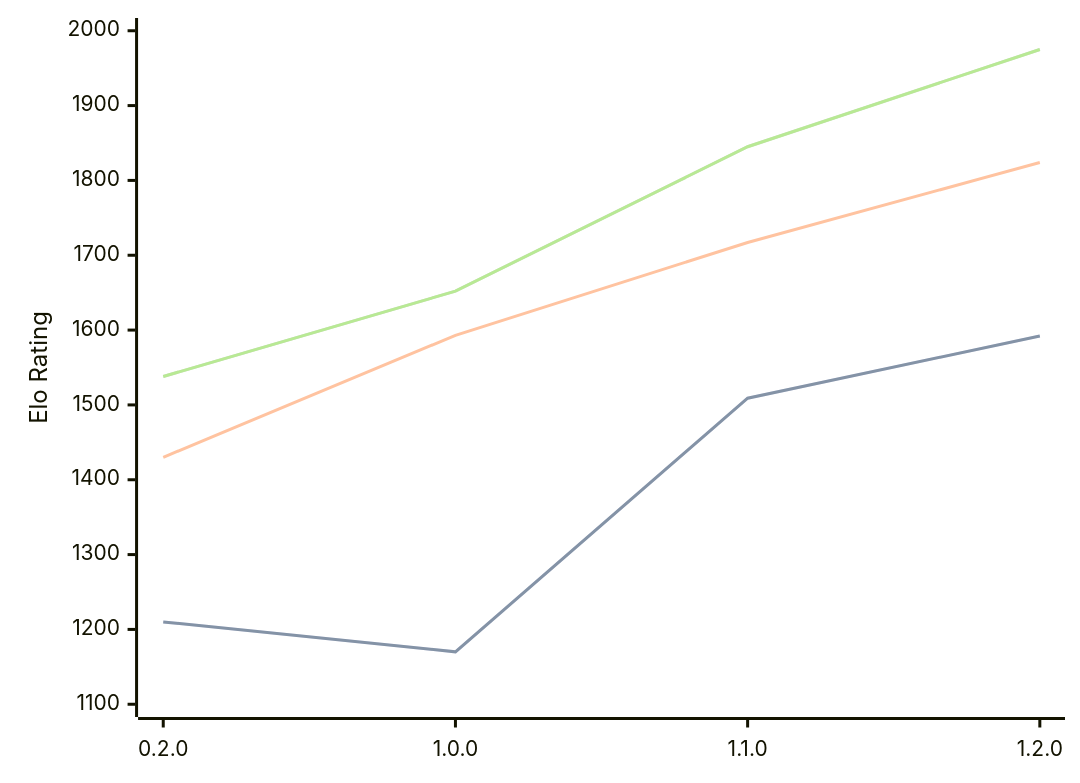
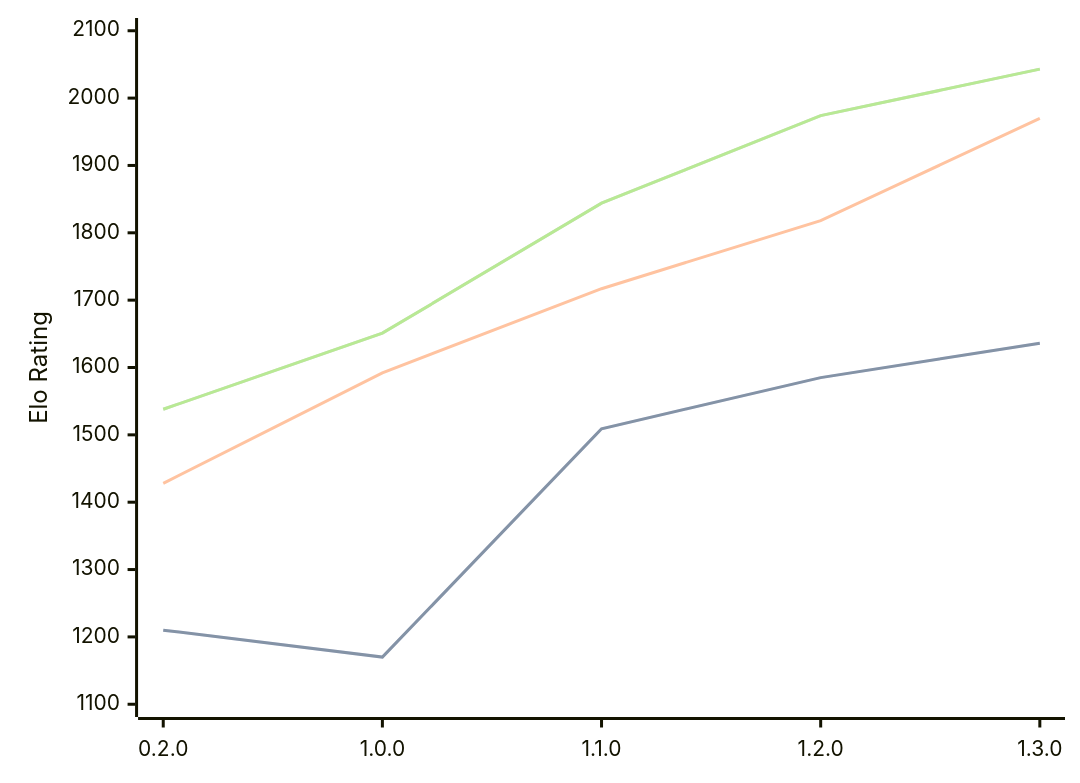
Before and after one commit to computer-chess-index/cci: the diagram in engines/Zeppelin.md, drawn with Mermaid. The commit also changed other lines of this file, not shown here.

Commit message:
Update CCI Ratings (ELO VLTC) - 2026-03-06

````diff
--- a/engines/Zeppelin.md
+++ b/engines/Zeppelin.md
@@ -34,11 +35,11 @@
 ```mermaid
 %%{init: {"theme":"base","themeVariables":{"seriesColors:['#a3a3a3','#222221','#faa371']}}}%%
 xychart-beta
-  x-axis ["0.2.0", "1.0.0", "1.1.0", "1.2.0"]
-  y-axis "Elo Rating" 1100 --> 2000
-  line "STC (8.0+0.08s)" [1210, 1170, 1509, 1592]
-  line "STC (8.0+0.08s)" [1210, 1170, 1509, 1592]
-  line "LTC (60.0+0.60s)" [1430, 1593, 1717, 1824]
-  line "VLTC (2m24s+1.12s)" [1538, 1652, 1845, 1975]
-  line "VLTC (2m24s+1.12s)" [1538, 1652, 1845, 1975]
+  x-axis ["0.2.0", "1.0.0", "1.1.0", "1.2.0", "1.3.0"]
+  y-axis "Elo Rating" 1100 --> 2100
+  line "STC (8.0+0.08s)" [1210, 1170, 1509, 1585, 1636]
+  line "STC (8.0+0.08s)" [1210, 1170, 1509, 1585, 1636]
+  line "LTC (60.0+0.60s)" [1428, 1592, 1717, 1818, 1970]
+  line "VLTC (2m24s+1.12s)" [1538, 1651, 1844, 1974, 2043]
+  line "VLTC (2m24s+1.12s)" [1538, 1651, 1844, 1974, 2043]
 ```
````
